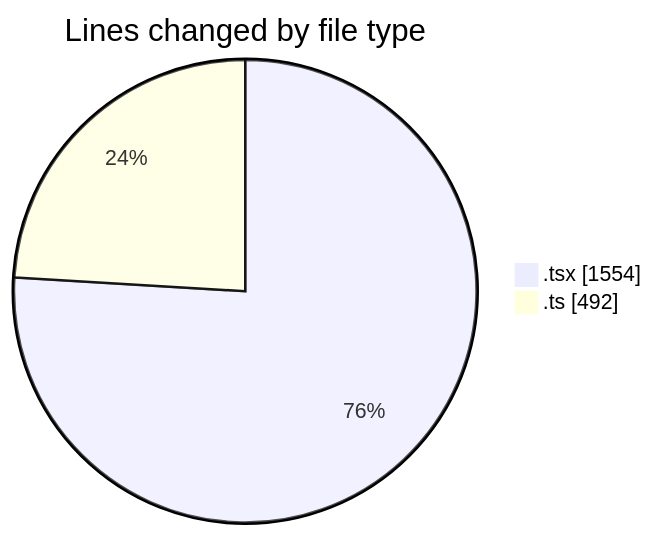
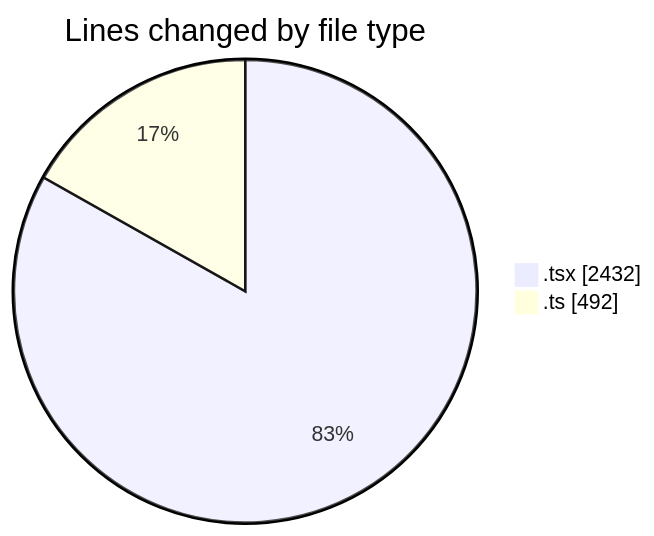
Before and after one commit to nxtqubesakshisongat/code-tracking: the first of 2 diagrams in 2026-02-19/nxtqube_webapp/README.md, drawn with Mermaid. The commit also changed other lines of this file and 1 other file, not shown here.

````diff
--- a/2026-02-19/nxtqube_webapp/README.md
+++ b/2026-02-19/nxtqube_webapp/README.md
@@ -23,6 +25,6 @@
 ```mermaid
 pie showData
 title Lines changed by file type
-".tsx" : 1554
+".tsx" : 2432
 ".ts" : 492
 ```
````
